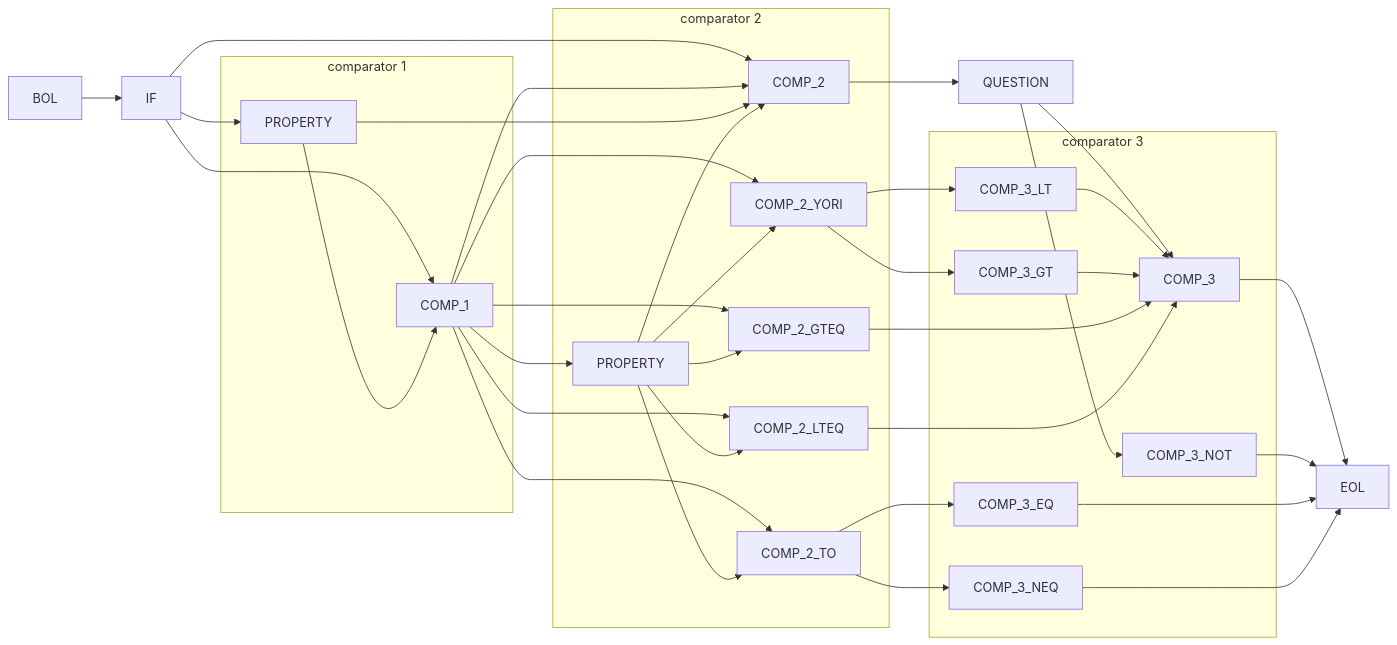
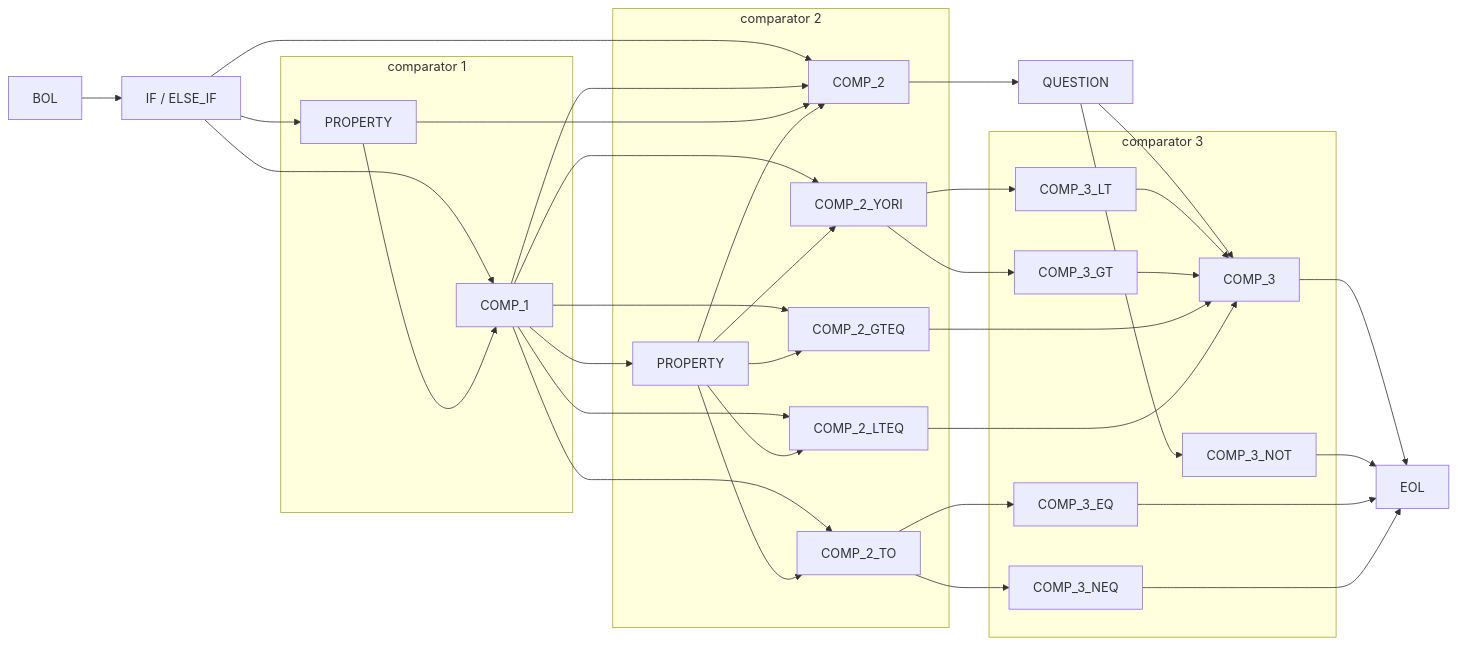
The eighth of 11 diagrams in documentation/nfsm.md (rewhowe/snapdragon), drawn with Mermaid before and after one commit. The commit also changed other lines of this file and 3 other files, not shown here.

Commit message:
fix some nfsm diagrams; add error type for sequence errors; rename methods and sequence structure; refactor comp 2 matcher

````diff
--- a/documentation/nfsm.md
+++ b/documentation/nfsm.md
@@ -137,64 +137,64 @@
 ```mermaid
 graph LR
-  BOL --> IF
+  BOL --> IF[IF / ELSE_IF]
 
-  IF --> COMP_1
-  IF --> COMP_2
-  IF --> PROPERTY_1[PROPERTY]
+  IF[IF / ELSE_IF] --> COMP_1
+  IF[IF / ELSE_IF] --> COMP_2
+  IF[IF / ELSE_IF] --> PROPERTY_1[PROPERTY]
 
   COMP_1 --> COMP_2
   COMP_1 --> COMP_2_TO
   COMP_1 --> COMP_2_YORI
   COMP_1 --> COMP_2_GTEQ
   COMP_1 --> COMP_2_LTEQ
   COMP_1 --> PROPERTY_2[PROPERTY]
 
   COMP_2 --> QUESTION
 
   QUESTION --> COMP_3
   QUESTION --> COMP_3_NOT
 
   COMP_3 --> EOL
 
   COMP_3_NOT --> EOL
 
   COMP_2_TO --> COMP_3_EQ
   COMP_2_TO --> COMP_3_NEQ
 
   COMP_3_EQ --> EOL
 
   COMP_3_NEQ --> EOL
 
   COMP_2_YORI --> COMP_3_LT
   COMP_2_YORI --> COMP_3_GT
 
   subgraph comparator 3
     COMP_3_NOT
 
     COMP_3_LT --> COMP_3
 
     COMP_3_GT --> COMP_3
 
     COMP_3_EQ
 
     COMP_3_NEQ
   end
 
   COMP_2_GTEQ --> COMP_3
 
   COMP_2_LTEQ --> COMP_3
 
   subgraph comparator 1
     PROPERTY_1[PROPERTY] --> COMP_1
   end
 
   subgraph comparator 2
     PROPERTY_1[PROPERTY] --> COMP_2
 
     PROPERTY_2[PROPERTY] --> COMP_2
     PROPERTY_2[PROPERTY] --> COMP_2_TO
     PROPERTY_2[PROPERTY] --> COMP_2_YORI
     PROPERTY_2[PROPERTY] --> COMP_2_GTEQ
     PROPERTY_2[PROPERTY] --> COMP_2_LTEQ
   end
 ```
````
